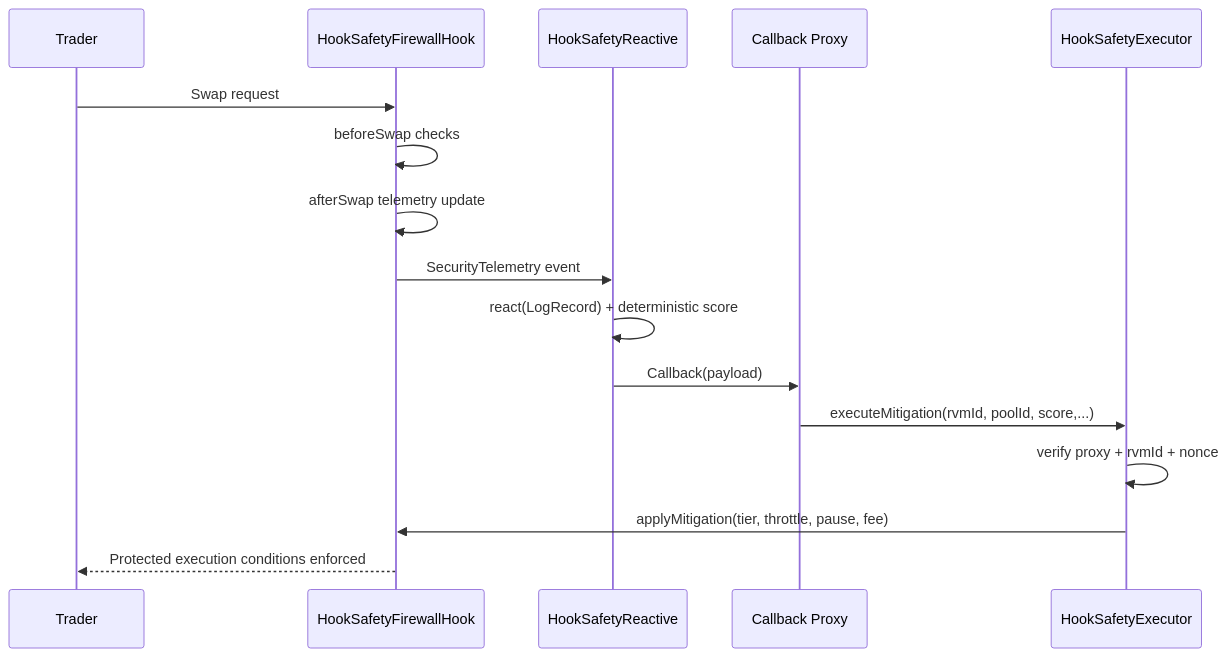
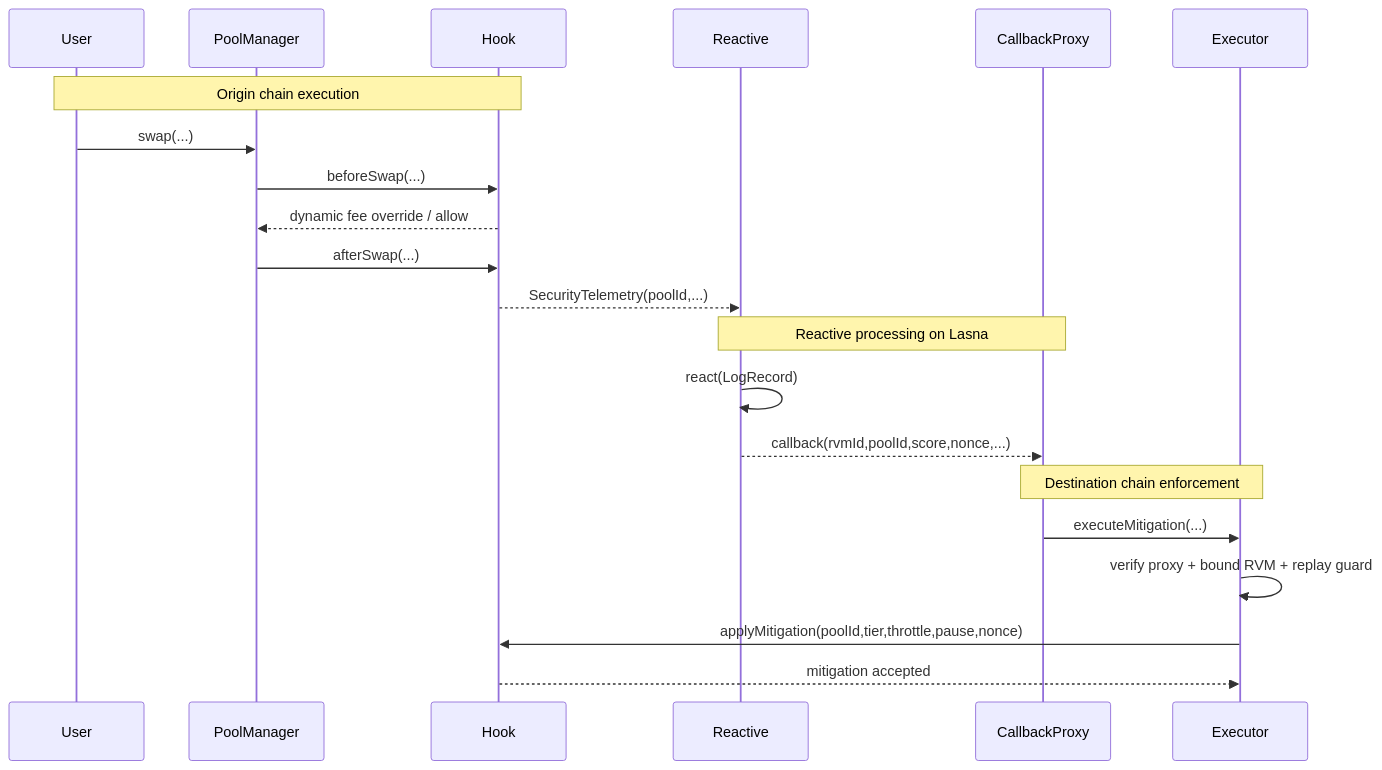
One commit to blue-benz/Hook-Safety-as-a-Service changed the third of 3 diagrams in README.md. Above: the diagram before and after it, drawn with Mermaid. The commit also changed other lines of this file and 24 other files, not shown here.

````diff
--- a/README.md
+++ b/README.md
@@ -101,19 +107,26 @@
 ```mermaid
 sequenceDiagram
-    participant Trader
-    participant Hook as HookSafetyFirewallHook
-    participant Reactive as HookSafetyReactive
-    participant Proxy as Callback Proxy
-    participant Exec as HookSafetyExecutor
+  participant User
+  participant PoolManager
+  participant Hook
+  participant Reactive
+  participant CallbackProxy
+  participant Executor
 
-    Trader->>Hook: Swap request
-    Hook->>Hook: beforeSwap checks
-    Hook->>Hook: afterSwap telemetry update
-    Hook->>Reactive: SecurityTelemetry event
-    Reactive->>Reactive: react(LogRecord) + deterministic score
-    Reactive->>Proxy: Callback(payload)
-    Proxy->>Exec: executeMitigation(rvmId, poolId, score,...)
-    Exec->>Exec: verify proxy + rvmId + nonce
-    Exec->>Hook: applyMitigation(tier, throttle, pause, fee)
-    Hook-->>Trader: Protected execution conditions enforced
+  Note over User,Hook: Origin chain execution
+  User->>PoolManager: swap(...)
+  PoolManager->>Hook: beforeSwap(...)
+  Hook-->>PoolManager: dynamic fee override / allow
+  PoolManager->>Hook: afterSwap(...)
+  Hook-->>Reactive: SecurityTelemetry(poolId,...)
+
+  Note over Reactive,CallbackProxy: Reactive processing on Lasna
+  Reactive->>Reactive: react(LogRecord)
+  Reactive-->>CallbackProxy: callback(rvmId,poolId,score,nonce,...)
+
+  Note over CallbackProxy,Executor: Destination chain enforcement
+  CallbackProxy->>Executor: executeMitigation(...)
+  Executor->>Executor: verify proxy + bound RVM + replay guard
+  Executor->>Hook: applyMitigation(poolId,tier,throttle,pause,nonce)
+  Hook-->>Executor: mitigation accepted
 ```
````
